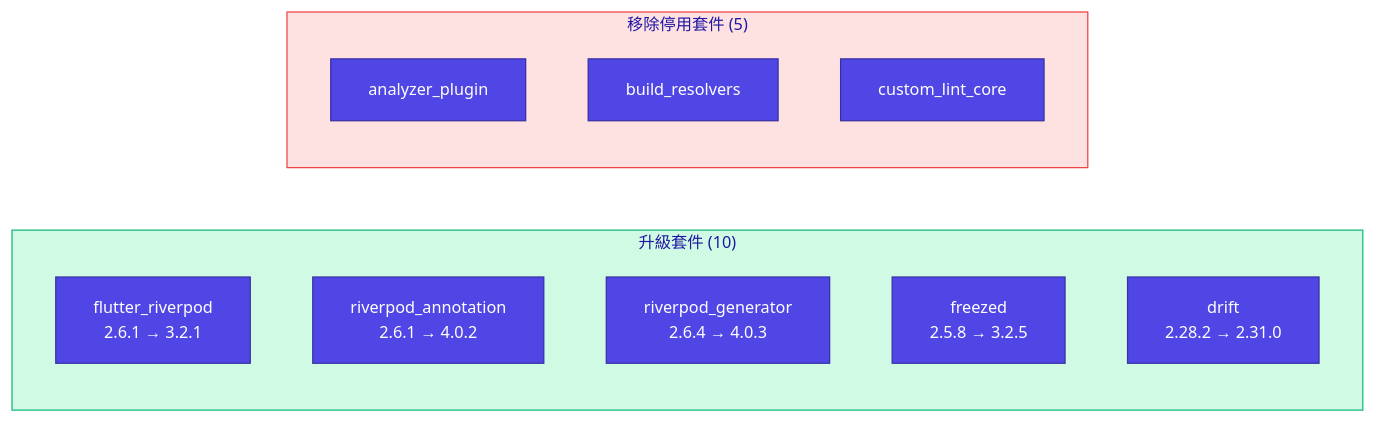
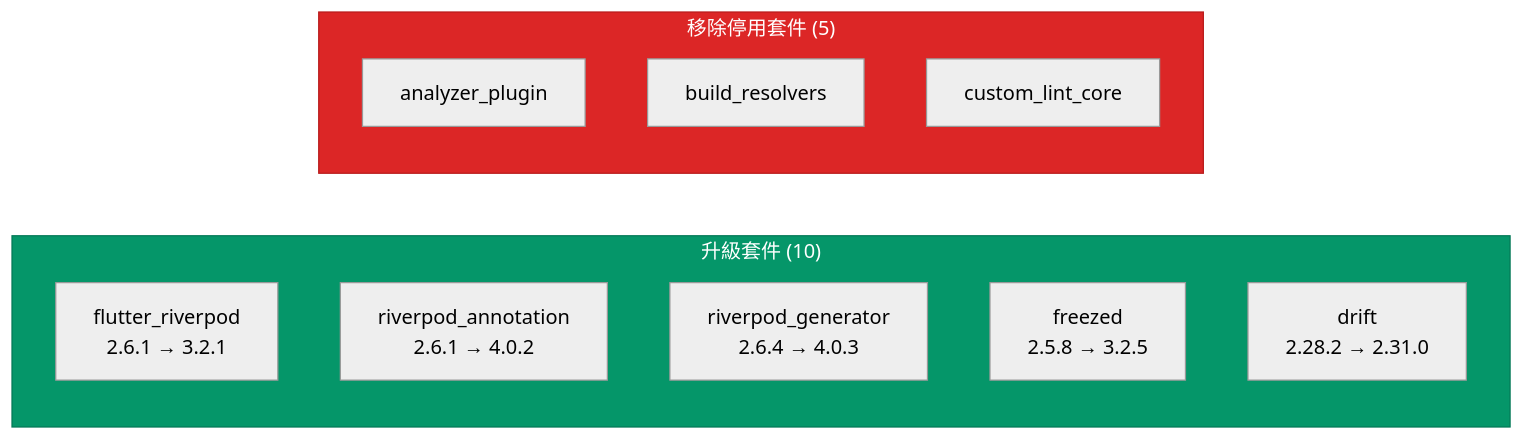
The second of 3 diagrams in docs/PENDING_UPGRADES.md (Neal75418/afterclose), drawn with Mermaid before and after one commit. The commit also changed other lines of this file and 6 other files, not shown here.

First line of the commit message:
docs: update documentation — test counts, dark-mode Mermaid, CHANGELOG entries, anchor fixes

````diff
--- a/docs/PENDING_UPGRADES.md
+++ b/docs/PENDING_UPGRADES.md
@@ -31,20 +31,20 @@
 ```mermaid
-%%{init: {'theme': 'base', 'themeVariables': {'primaryColor': '#4F46E5', 'primaryTextColor': '#fff', 'primaryBorderColor': '#3730A3', 'lineColor': '#6366F1', 'fontSize': '13px'}}}%%
+%%{init: {'theme': 'neutral'}}%%
 flowchart LR
     subgraph Upgraded["升級套件 (10)"]
         R["flutter_riverpod\n2.6.1 → 3.2.1"]
         RA["riverpod_annotation\n2.6.1 → 4.0.2"]
         RG["riverpod_generator\n2.6.4 → 4.0.3"]
         F["freezed\n2.5.8 → 3.2.5"]
         D["drift\n2.28.2 → 2.31.0"]
     end
 
     subgraph Removed["移除停用套件 (5)"]
         X1["analyzer_plugin"]
         X2["build_resolvers"]
         X3["custom_lint_core"]
     end
 
-    style Upgraded fill:#D1FAE5,stroke:#10B981
-    style Removed fill:#FEE2E2,stroke:#EF4444
+    style Upgraded fill:#059669,color:#fff,stroke:#047857
+    style Removed fill:#DC2626,color:#fff,stroke:#B91C1C
 ```
````
